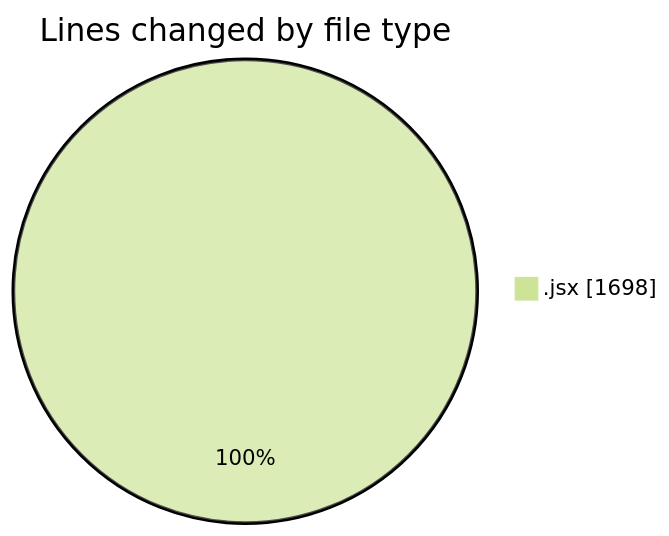
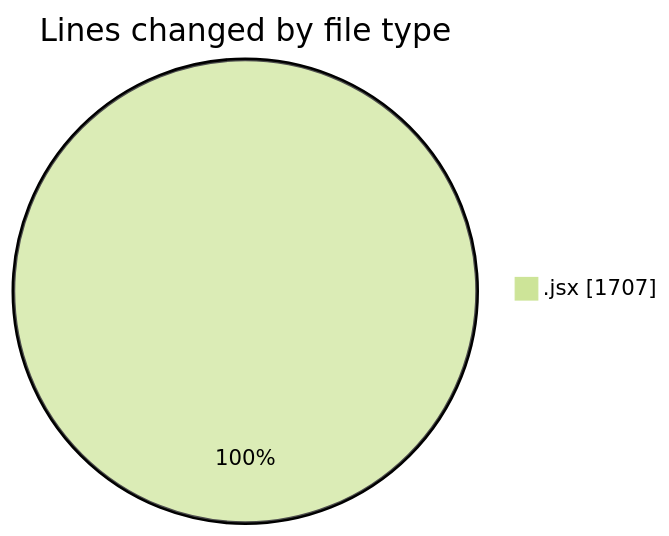
One commit to nxtqubesakshisongat/code-tracking changed the first of 2 diagrams in 2026-11-22/nashik-misal-queue/README.md. Above: the diagram before and after it, drawn with Mermaid (forest theme). The commit also changed other lines of this file and 1 other file, not shown here.

````diff
--- a/2026-11-22/nashik-misal-queue/README.md
+++ b/2026-11-22/nashik-misal-queue/README.md
@@ -21,5 +21,5 @@
 ```mermaid
 pie showData
 title Lines changed by file type
-".jsx" : 1698
+".jsx" : 1707
 ```
````
